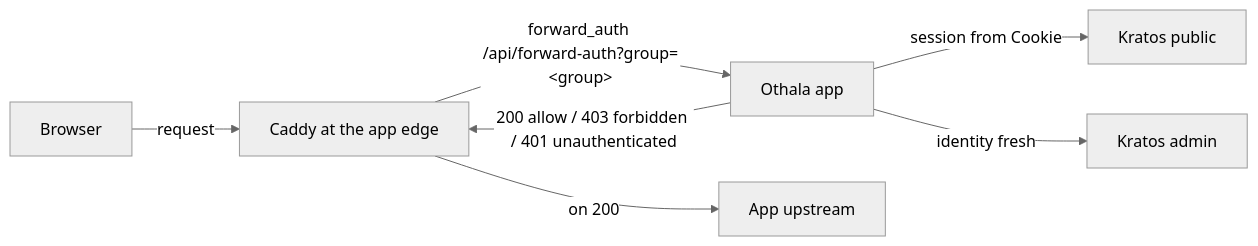
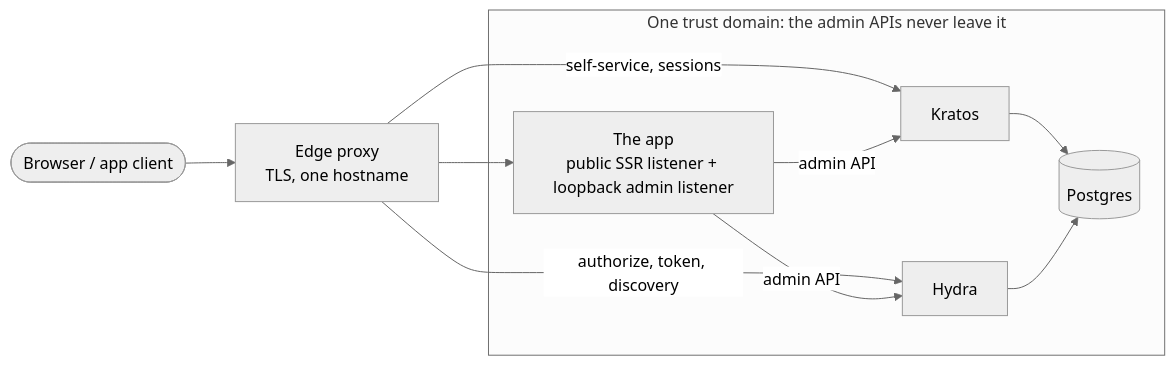
Before and after one commit to andrewdunndev/othala: the diagram in ARCHITECTURE.md, drawn with Mermaid (neutral theme). The commit also changed other lines of this file and 171 other files, not shown here.

````diff
--- a/ARCHITECTURE.md
+++ b/ARCHITECTURE.md
@@ -601,9 +21,17 @@
 ```mermaid
 flowchart LR
-  b[Browser] -->|request| c[Caddy at the app edge]
-  c -->|forward_auth /api/forward-auth?group=&lt;group&gt;| o[Othala app]
-  o -->|session from Cookie| k[Kratos public]
-  o -->|identity fresh| ka[Kratos admin]
-  o -->|200 allow / 403 forbidden / 401 unauthenticated| c
-  c -->|on 200| app[App upstream]
+  browser([Browser / app client]) --> edge[Edge proxy<br/>TLS, one hostname]
+  subgraph pod[One trust domain: the admin APIs never leave it]
+    app[The app<br/>public SSR listener + loopback admin listener]
+    kratos[Kratos]
+    hydra[Hydra]
+    pg[(Postgres)]
+  end
+  edge --> app
+  edge -->|self-service, sessions| kratos
+  edge -->|authorize, token, discovery| hydra
+  app -->|admin API| kratos
+  app -->|admin API| hydra
+  kratos --> pg
+  hydra --> pg
 ```
````
